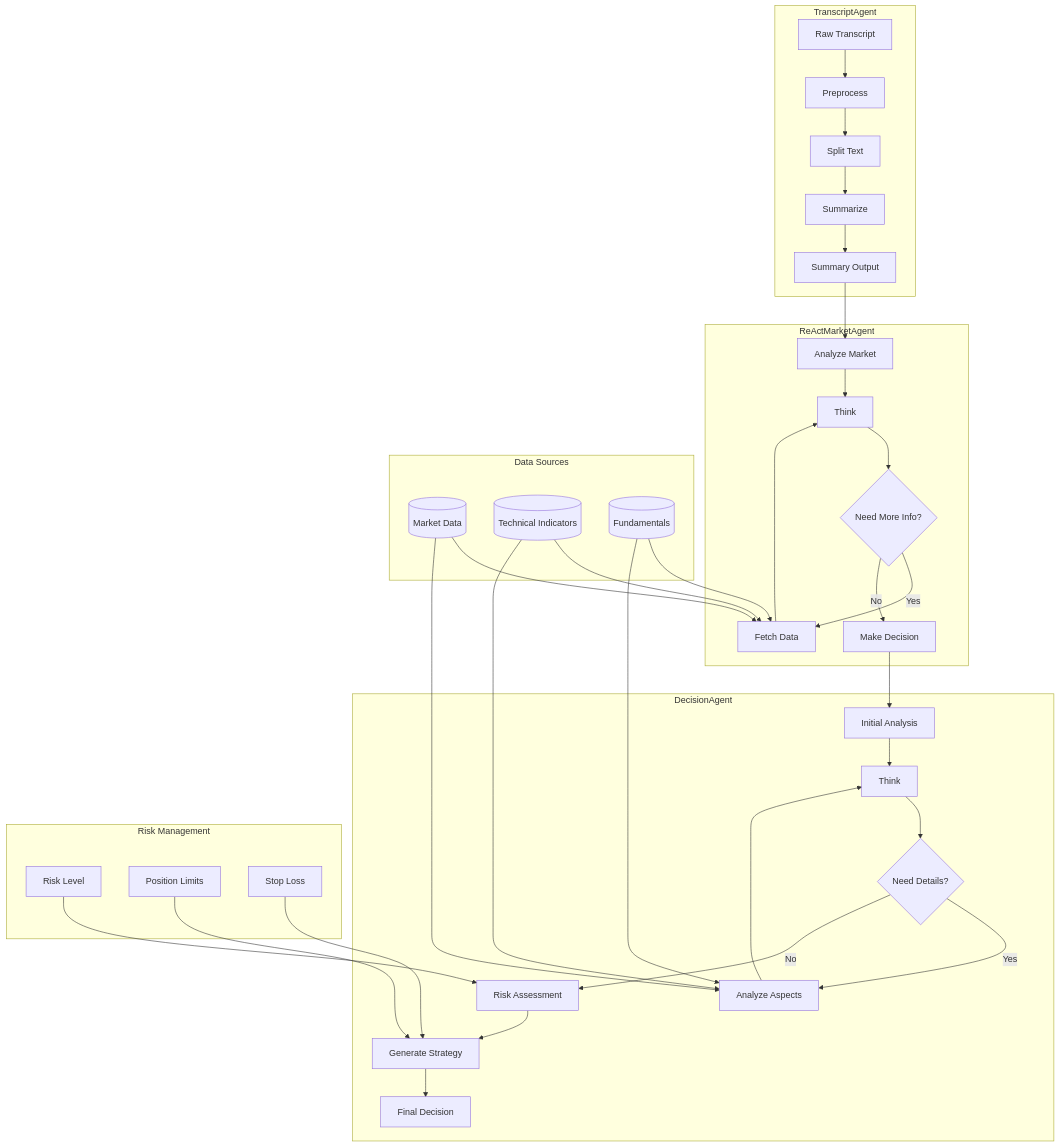
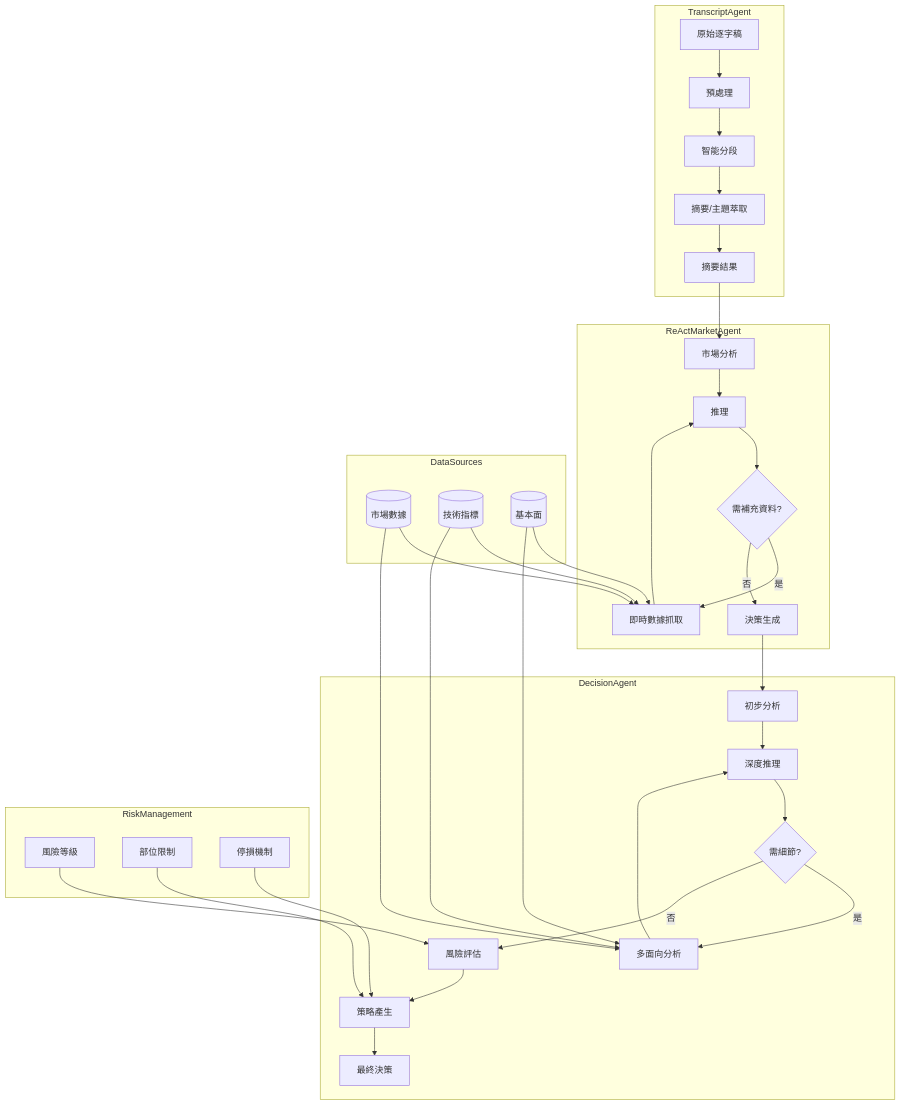
Before and after one commit to andrew76214/Agents4Financial: the diagram in README.md, drawn with Mermaid. The commit also changed other lines of this file and 3 other files, not shown here.

````diff
--- a/README.md
+++ b/README.md
@@ -18,44 +18,44 @@
 ```mermaid
 graph TB
     subgraph TranscriptAgent
-        A[Raw Transcript] --> B[Preprocess]
-        B --> C[Split Text]
-        C --> D[Summarize]
-        D --> E[Summary Output]
+        A[原始逐字稿] --> B[預處理]
+        B --> C[智能分段]
+        C --> D[摘要/主題萃取]
+        D --> E[摘要結果]
     end
 
     subgraph ReActMarketAgent
-        E --> F[Analyze Market]
-        F --> G[Think]
-        G --> H{Need More Info?}
-        H -->|Yes| I[Fetch Data]
+        E --> F[市場分析]
+        F --> G[推理]
+        G --> H{需補充資料?}
+        H -->|是| I[即時數據抓取]
         I --> G
-        H -->|No| J[Make Decision]
+        H -->|否| J[決策生成]
     end
 
     subgraph DecisionAgent
-        J --> K[Initial Analysis]
-        K --> L[Think]
-        L --> M{Need Details?}
-        M -->|Yes| N[Analyze Aspects]
+        J --> K[初步分析]
+        K --> L[深度推理]
+        L --> M{需細節?}
+        M -->|是| N[多面向分析]
         N --> L
-        M -->|No| O[Risk Assessment]
-        O --> P[Generate Strategy]
-        P --> Q[Final Decision]
+        M -->|否| O[風險評估]
+        O --> P[策略產生]
+        P --> Q[最終決策]
     end
 
-    subgraph Data Sources
-        R[(Market Data)] --> I
+    subgraph DataSources
+        R[(市場數據)] --> I
         R --> N
-        S[(Technical Indicators)] --> I
+        S[(技術指標)] --> I
         S --> N
-        T[(Fundamentals)] --> I
+        T[(基本面)] --> I
         T --> N
     end
 
-    subgraph Risk Management
-        U[Risk Level] --> O
-        V[Position Limits] --> P
-        W[Stop Loss] --> P
+    subgraph RiskManagement
+        U[風險等級] --> O
+        V[部位限制] --> P
+        W[停損機制] --> P
     end
 ```
````
